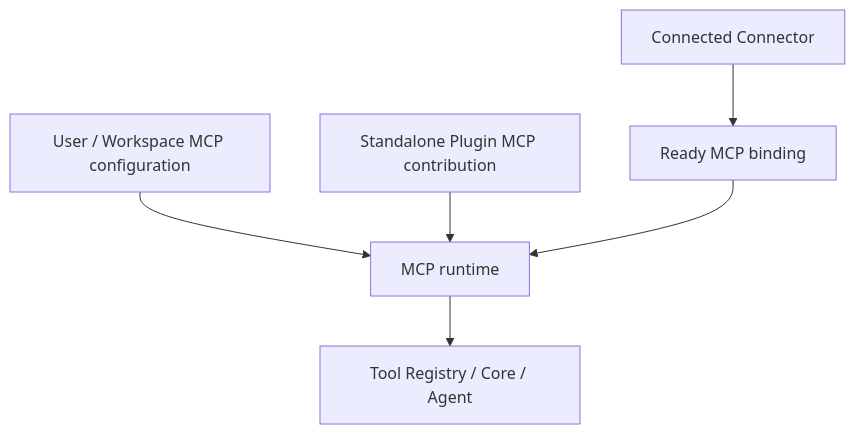
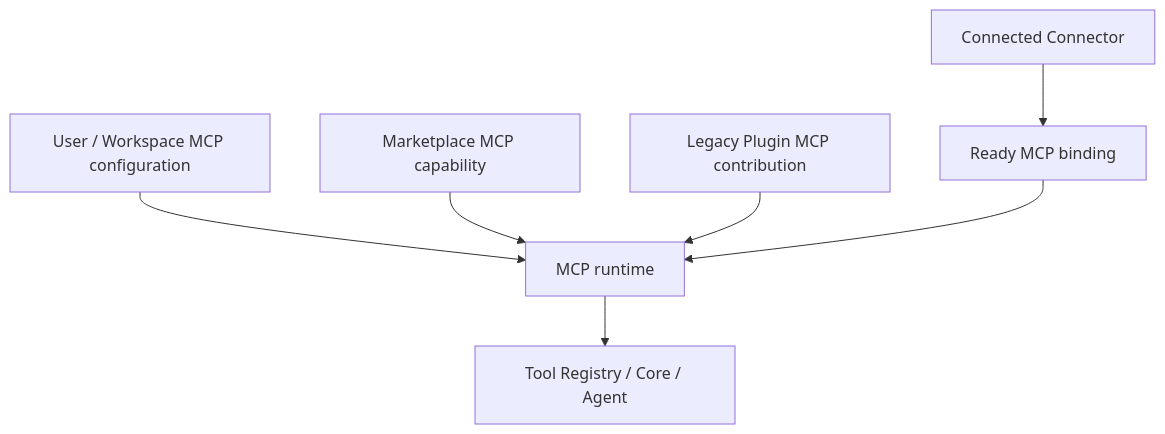
The first of 2 diagrams in docs/mcp.md (chogng/zeta), drawn with Mermaid before and after one commit. The commit also changed other lines of this file and 352 other files, not shown here.

````diff
--- a/docs/mcp.md
+++ b/docs/mcp.md
@@ -70,8 +74,9 @@
 ```mermaid
 flowchart TD
     U["User / Workspace MCP configuration"] --> R["MCP runtime"]
-    P["Standalone Plugin MCP contribution"] --> R
+    P["Marketplace MCP capability"] --> R
+    L["Legacy Plugin MCP contribution"] --> R
     C["Connected Connector"] --> B["Ready MCP binding"]
     B --> R
     R --> T["Tool Registry / Core / Agent"]
 ```
````
